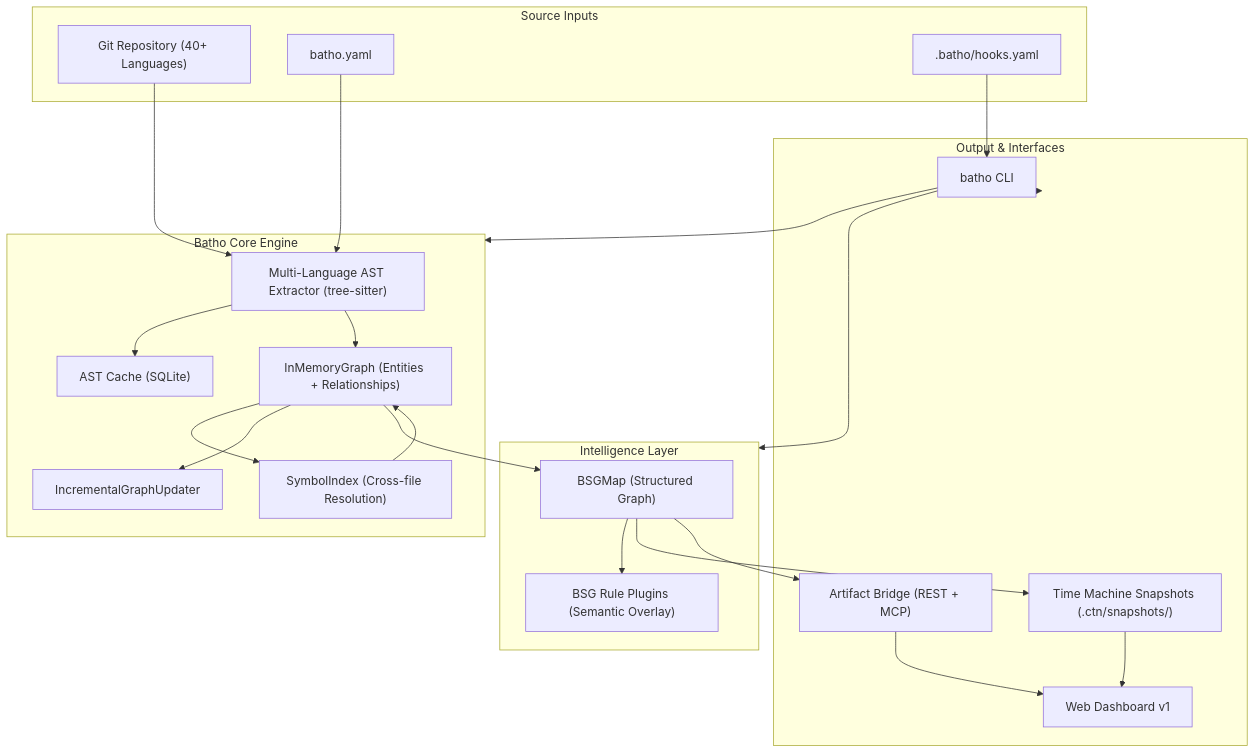
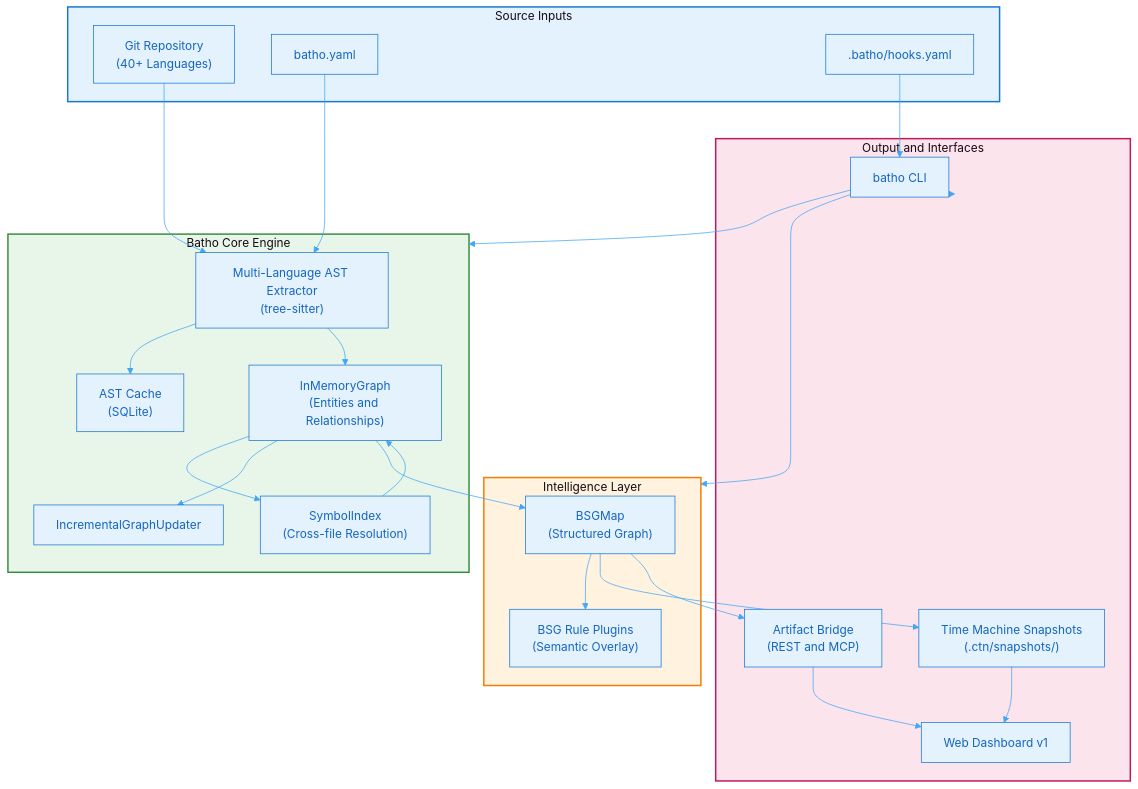
Before and after one commit to sageoz/Batho: the first of 2 diagrams in docs-site/docs/whitepaper/architecture.md, drawn with Mermaid. The commit also changed other lines of this file and 31 other files, not shown here.

````diff
--- a/docs-site/docs/whitepaper/architecture.md
+++ b/docs-site/docs/whitepaper/architecture.md
@@ -13,46 +13,52 @@
 ```mermaid
+%%{init: {'theme': 'base', 'themeVariables': { 'primaryColor': '#e3f2fd', 'primaryTextColor': '#1565c0', 'primaryBorderColor': '#1976d2', 'lineColor': '#42a5f5', 'secondaryColor': '#f3e5f5', 'tertiaryColor': '#e8f5e9'}}}%%
 flowchart TB
     subgraph Sources["Source Inputs"]
-        Repo["Git Repository (40+ Languages)"]
+        Repo["Git Repository<br/>(40+ Languages)"]
         Config["batho.yaml"]
         Hooks[".batho/hooks.yaml"]
     end
 
     subgraph Core["Batho Core Engine"]
-        Extractor["Multi-Language AST Extractor (tree-sitter)"]
-        Graph["InMemoryGraph (Entities + Relationships)"]
-        Cache["AST Cache (SQLite)"]
-        SymbolIndex["SymbolIndex (Cross-file Resolution)"]
+        Extractor["Multi-Language AST Extractor<br/>(tree-sitter)"]
+        Graph["InMemoryGraph<br/>(Entities and Relationships)"]
+        Cache["AST Cache<br/>(SQLite)"]
+        SymbolIndex["SymbolIndex<br/>(Cross-file Resolution)"]
         Incremental["IncrementalGraphUpdater"]
     end
 
     subgraph Intelligence["Intelligence Layer"]
-        BSG["BSGMap (Structured Graph)"]
-        Rules["BSG Rule Plugins (Semantic Overlay)"]
+        BSG["BSGMap<br/>(Structured Graph)"]
+        Rules["BSG Rule Plugins<br/>(Semantic Overlay)"]
     end
 
-    subgraph Output["Output & Interfaces"]
-        Snapshots["Time Machine Snapshots (.ctn/snapshots/)"]
+    subgraph Output["Output and Interfaces"]
+        Snapshots["Time Machine Snapshots<br/>(.ctn/snapshots/)"]
         Dashboard["Web Dashboard v1"]
-        Bridge["Artifact Bridge (REST + MCP)"]
+        Bridge["Artifact Bridge<br/>(REST and MCP)"]
         CLI["batho CLI"]
     end
 
     Repo --> Extractor
     Config --> Extractor
     Extractor --> Cache
     Extractor --> Graph
     Graph --> SymbolIndex
     SymbolIndex --> Graph
     Graph --> Incremental
     Graph --> BSG
     BSG --> Rules
     BSG --> Snapshots
     Snapshots --> Dashboard
     BSG --> Bridge
     Bridge --> Dashboard
     CLI --> Core
     CLI --> Intelligence
     CLI --> Output
     Hooks --> CLI
+
+    style Sources fill:#e3f2fd,stroke:#1976d2,stroke-width:2px
+    style Core fill:#e8f5e9,stroke:#388e3c,stroke-width:2px
+    style Intelligence fill:#fff3e0,stroke:#f57c00,stroke-width:2px
+    style Output fill:#fce4ec,stroke:#c2185b,stroke-width:2px
 ```
````
